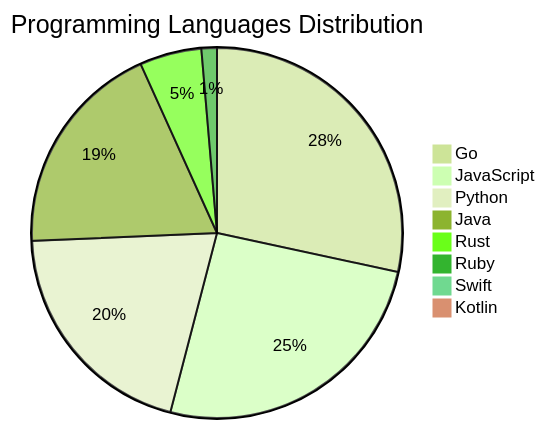
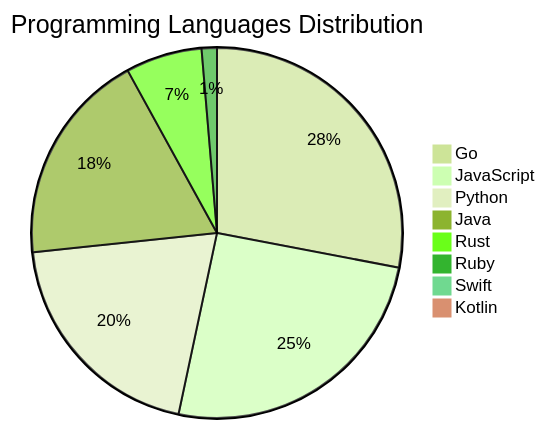
The diagram in README.md (Derrick-MUGISHA/github-activity-bot), drawn with Mermaid (forest theme) before and after one commit. The commit also changed other lines of this file and 4 other files, not shown here.

````diff
--- a/README.md
+++ b/README.md
@@ -208,11 +208,11 @@
 ```mermaid
 pie title Programming Languages Distribution
     "Go" : 42
     "JavaScript" : 38
     "Python" : 30
     "Java" : 28
-    "Rust" : 8
+    "Rust" : 10
     "Ruby" : 2
     "Swift" : 1
     "Kotlin" : 1
 ```
````
